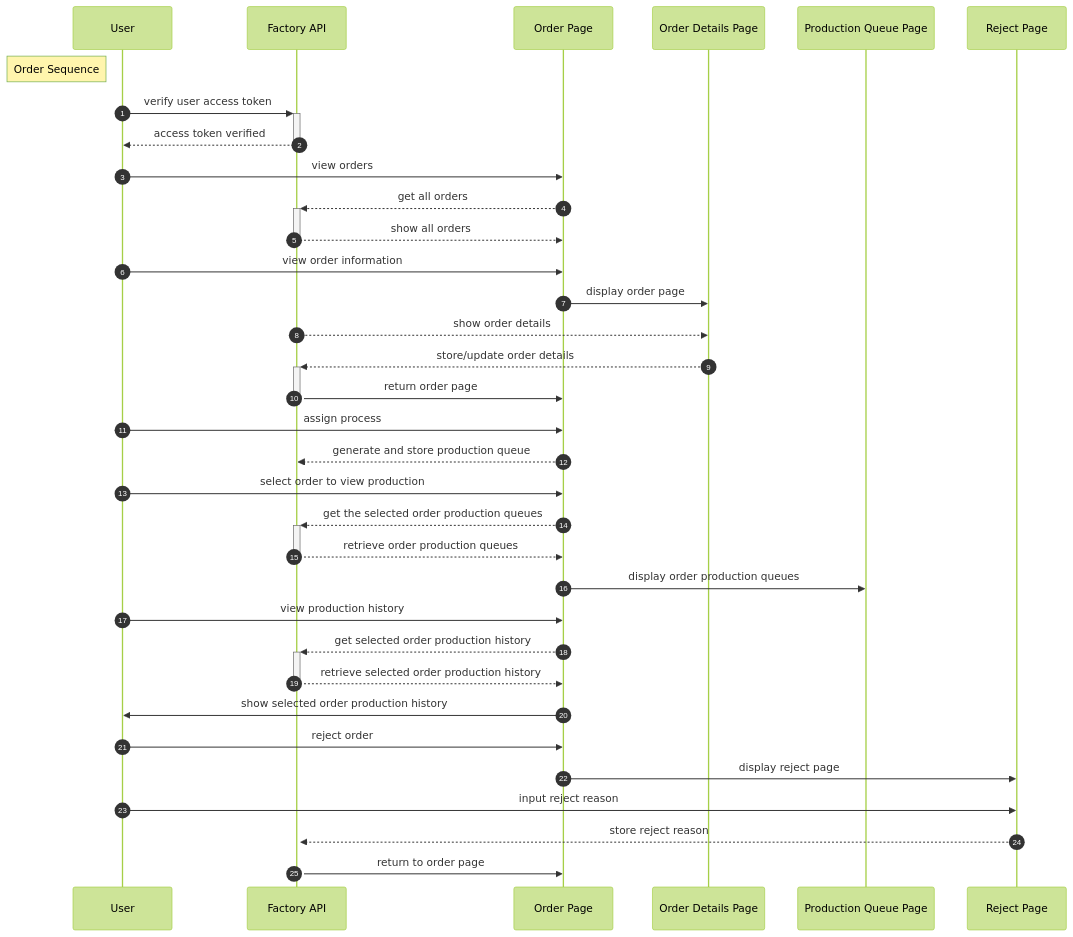
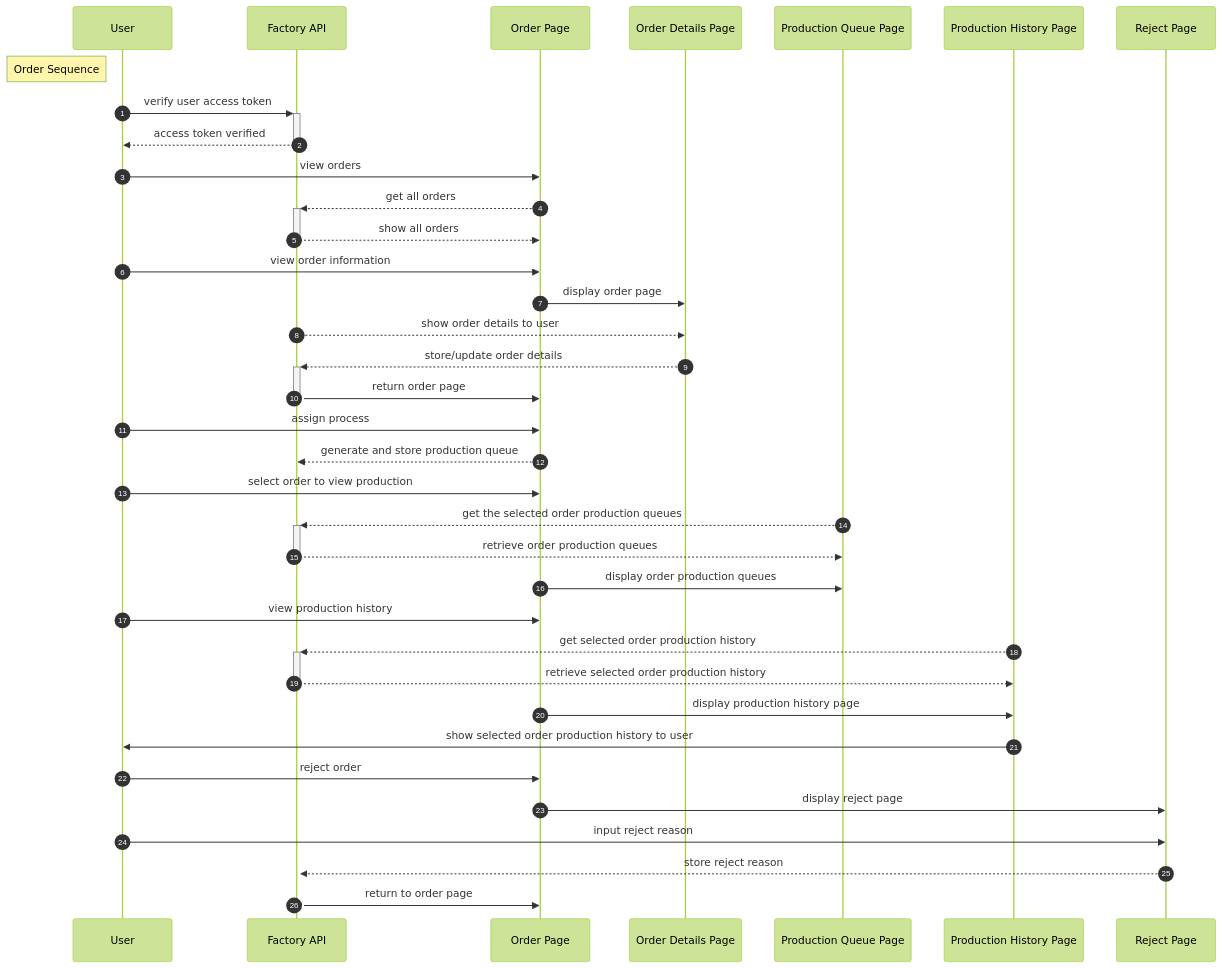
The eighth of 8 diagrams in readme.md (qxduddes/factory-sdd), drawn with Mermaid (forest theme) before and after one commit.

Commit message:
update order sequence

````diff
--- a/readme.md
+++ b/readme.md
@@ -151,30 +151,31 @@
 ```mermaid
     sequenceDiagram
     autonumber;
     Note left of User:Order Sequence;
     User->>+Factory API:verify user access token;
     Factory API-->>-User:access token verified;
     User->>Order Page:view orders;
     Order Page-->>+Factory API:get all orders;
     Factory API-->>-Order Page:show all orders;
     User->>Order Page:view order information;
     Order Page->>Order Details Page:display order page
-    Factory API-->>Order Details Page:show order details;
+    Factory API-->>Order Details Page:show order details to user;
     Order Details Page-->>+Factory API:store/update order details;
     Factory API->>-Order Page:return order page;
     User->>Order Page:assign process;
     Order Page-->>Factory API:generate and store production queue;
     User->>Order Page:select order to view production;
-    Order Page-->>+Factory API:get the selected order production queues;
-    Factory API-->>-Order Page:retrieve order production queues;
+    Production Queue Page-->>+Factory API:get the selected order production queues;
+    Factory API-->>-Production Queue Page:retrieve order production queues;
     Order Page->>Production Queue Page:display order production queues;
     User->>Order Page:view production history;
-    Order Page-->>+Factory API:get selected order production history;
-    Factory API-->>-Order Page:retrieve selected order production history;
-    Order Page->>User:show selected order production history;
+    Production History Page-->>+Factory API:get selected order production history;
+    Factory API-->>-Production History Page:retrieve selected order production history;
+    Order Page->>Production History Page:display production history page;
+    Production History Page->>User:show selected order production history to user;
     User->>Order Page:reject order;
     Order Page->>Reject Page:display reject page;
     User->>Reject Page:input reject reason;
     Reject Page-->>+Factory API:store reject reason;
     Factory API->>Order Page:return to order page;
 ```
````
